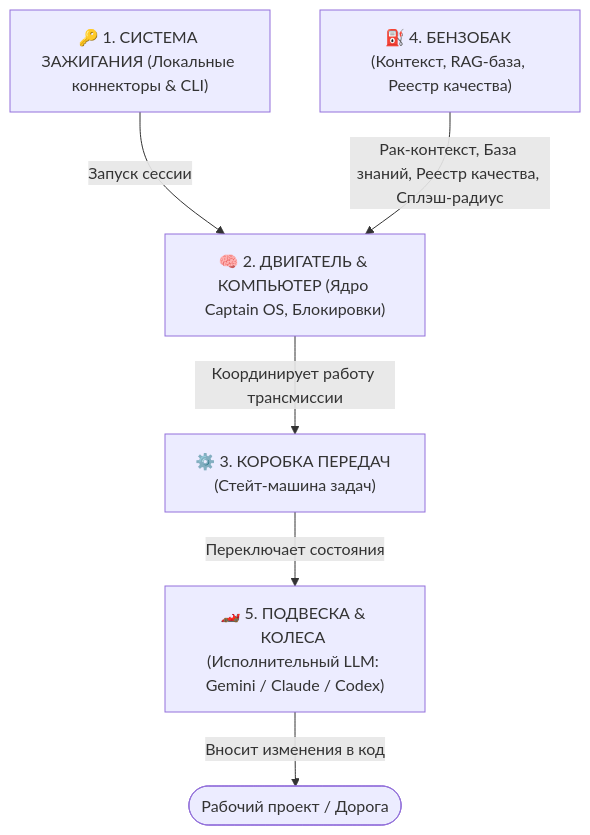
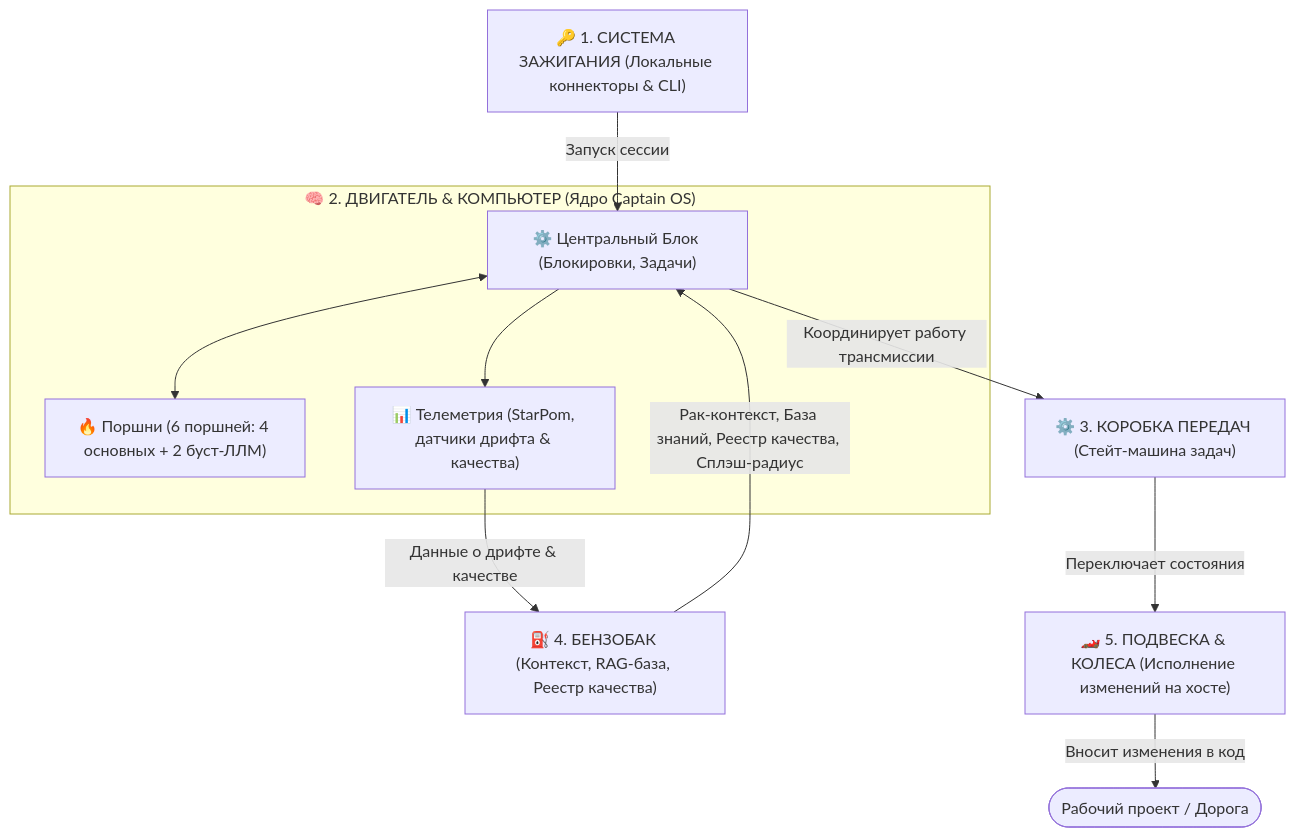
The first of 2 diagrams in README.md (anton-remide/captain-os), drawn with Mermaid before and after one commit. The commit also changed other lines of this file, not shown here.

Commit message:
docs(readme): integrate engine pistons and onboard telemetry into automotive analogy

````diff
--- a/README.md
+++ b/README.md
@@ -12,18 +12,29 @@
 ```mermaid
 graph TD
     Ignition["🔑 1. СИСТЕМА ЗАЖИГАНИЯ (Локальные коннекторы & CLI)"]
-    Engine["🧠 2. ДВИГАТЕЛЬ & КОМПЬЮТЕР (Ядро Captain OS, Блокировки)"]
+    
+    subgraph EngineBlock["🧠 2. ДВИГАТЕЛЬ & КОМПЬЮТЕР (Ядро Captain OS)"]
+        Engine["⚙️ Центральный Блок (Блокировки, Задачи)"]
+        Pistons["🔥 Поршни (6 поршней: 4 основных + 2 буст-ЛЛМ)"]
+        Telemetry["📊 Телеметрия (StarPom, датчики дрифта & качества)"]
+        Engine <--> Pistons
+        Engine --> Telemetry
+    end
+    
     Gearbox["⚙️ 3. КОРОБКА ПЕРЕДАЧ (Стейт-машина задач)"]
     Tank["⛽ 4. БЕНЗОБАК (Контекст, RAG-база, Реестр качества)"]
-    Wheels["🏎️ 5. ПОДВЕСКА & КОЛЕСА (Исполнительный LLM: Gemini / Claude / Codex)"]
+    Wheels["🏎️ 5. ПОДВЕСКА & КОЛЕСА (Исполнение изменений на хосте)"]
 
     Ignition -->|Запуск сессии| Engine
     
     %% Потоки из бензобака в двигатель (топливо, параметры и реестр)
     Tank -->|Рак-контекст, База знаний, Реестр качества, Сплэш-радиус| Engine
     
+    %% Сигналы телеметрии обратно к приборам
+    Telemetry -->|Данные о дрифте & качестве| Tank
+    
     %% Передача усилия на коробку и далее колеса
     Engine -->|Координирует работу трансмиссии| Gearbox
     Gearbox -->|Переключает состояния| Wheels
     Wheels -->|Вносит изменения в код| Road(["Рабочий проект / Дорога"])
 ```
````
